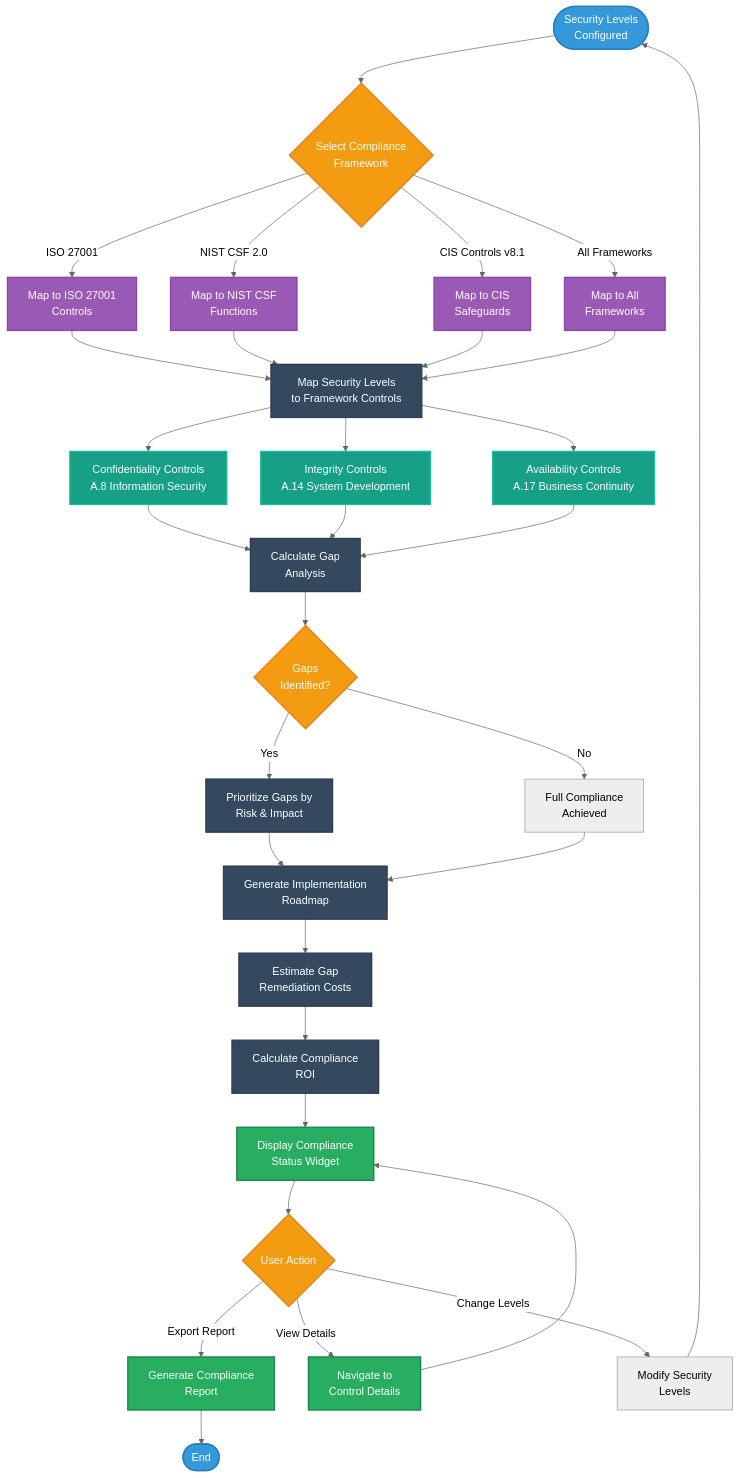
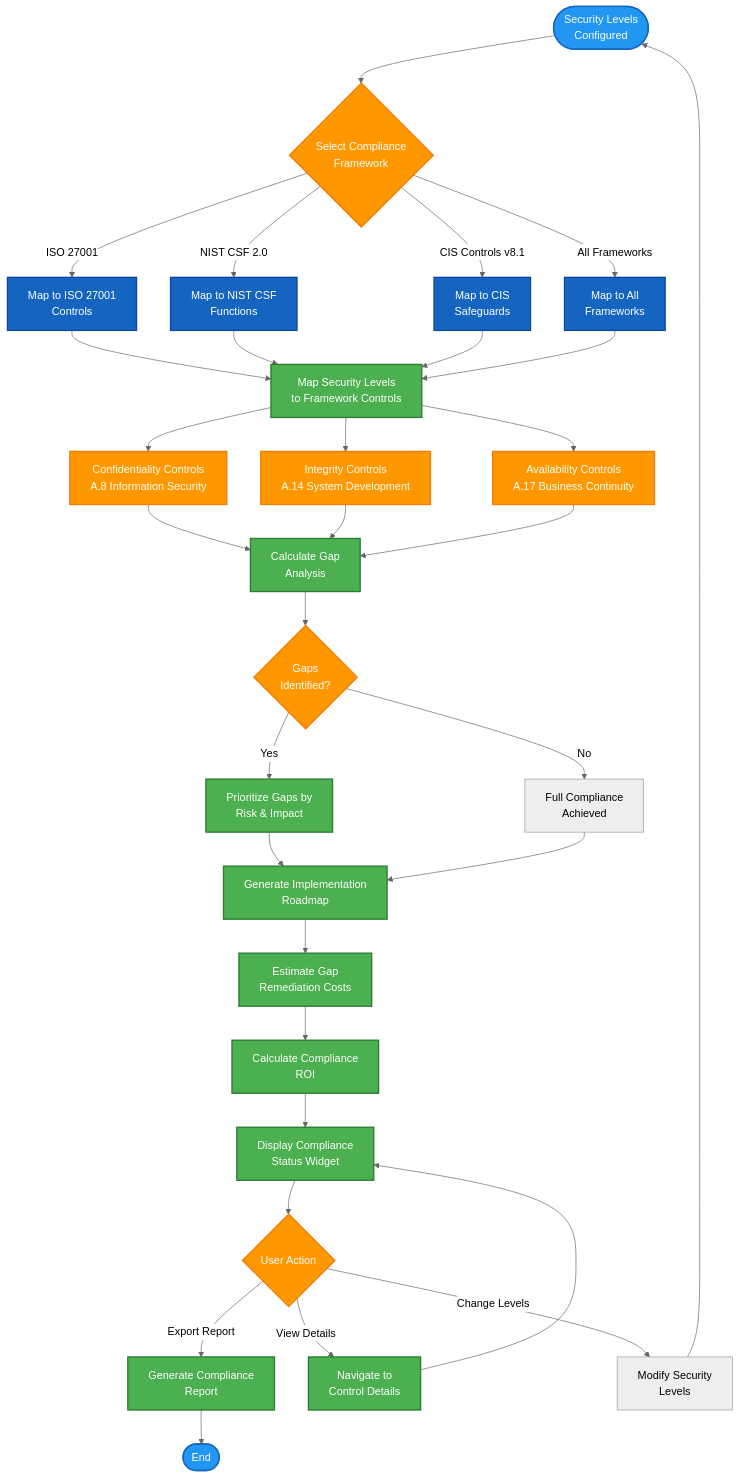
Before and after one commit to step-security-bot/cia-compliance-manager: the fourth of 13 diagrams in docs/architecture/FLOWCHART.md, drawn with Mermaid (neutral theme). The commit also changed other lines of this file and 27 other files, not shown here.

First line of the commit message:
fix: resolve broken mermaid diagrams and improve color coding to match ISMS style guide (#1106)

````diff
--- a/docs/architecture/FLOWCHART.md
+++ b/docs/architecture/FLOWCHART.md
@@ -281,57 +281,57 @@
 ```mermaid
 flowchart TD
     Start([Security Levels<br>Configured]) --> SelectFramework{Select Compliance<br>Framework}
     
     SelectFramework -->|ISO 27001| ISO[Map to ISO 27001<br>Controls]
     SelectFramework -->|NIST CSF 2.0| NIST[Map to NIST CSF<br>Functions]
     SelectFramework -->|CIS Controls v8.1| CIS[Map to CIS<br>Safeguards]
     SelectFramework -->|All Frameworks| AllFrameworks[Map to All<br>Frameworks]
     
     ISO --> MapControls[Map Security Levels<br>to Framework Controls]
     NIST --> MapControls
     CIS --> MapControls
     AllFrameworks --> MapControls
     
     MapControls --> ConfidentialityMap[Confidentiality Controls<br>A.8 Information Security]
     MapControls --> IntegrityMap[Integrity Controls<br>A.14 System Development]
     MapControls --> AvailabilityMap[Availability Controls<br>A.17 Business Continuity]
     
     ConfidentialityMap --> CalculateGap[Calculate Gap<br>Analysis]
     IntegrityMap --> CalculateGap
     AvailabilityMap --> CalculateGap
     
     CalculateGap --> IdentifyGaps{Gaps<br>Identified?}
     IdentifyGaps -->|Yes| PrioritizeGaps[Prioritize Gaps by<br>Risk & Impact]
     IdentifyGaps -->|No| FullCompliance[Full Compliance<br>Achieved]
     
     PrioritizeGaps --> GenerateRoadmap[Generate Implementation<br>Roadmap]
     FullCompliance --> GenerateRoadmap
     
     GenerateRoadmap --> EstimateCosts[Estimate Gap<br>Remediation Costs]
     EstimateCosts --> CalculateROI[Calculate Compliance<br>ROI]
     CalculateROI --> DisplayResults[Display Compliance<br>Status Widget]
     
     DisplayResults --> UserReview{User Action}
     UserReview -->|Export Report| GenerateReport[Generate Compliance<br>Report]
     UserReview -->|View Details| DrillDown[Navigate to<br>Control Details]
     UserReview -->|Change Levels| UpdateLevels[Modify Security<br>Levels]
     
     GenerateReport --> End([End])
     DrillDown --> DisplayResults
     UpdateLevels --> Start
     
     %% Apply styles
-    classDef startend fill:#3498db,stroke:#2980b9,stroke-width:2px,color:white,rx:25
-    classDef process fill:#34495e,stroke:#2c3e50,stroke-width:2px,color:white
-    classDef framework fill:#9b59b6,stroke:#8e44ad,stroke-width:2px,color:white
-    classDef mapping fill:#16a085,stroke:#1abc9c,stroke-width:2px,color:white
-    classDef decision fill:#f39c12,stroke:#e67e22,stroke-width:2px,color:white
-    classDef output fill:#27ae60,stroke:#1e8449,stroke-width:2px,color:white
+    classDef startend fill:#2196F3,stroke:#1565C0,stroke-width:2px,color:#ffffff
+    classDef process fill:#4CAF50,stroke:#2E7D32,stroke-width:2px,color:#ffffff
+    classDef framework fill:#1565C0,stroke:#0D47A1,stroke-width:2px,color:#ffffff
+    classDef mapping fill:#FF9800,stroke:#F57C00,stroke-width:2px,color:#ffffff
+    classDef decision fill:#FF9800,stroke:#F57C00,stroke-width:2px,color:#ffffff
+    classDef output fill:#4CAF50,stroke:#2E7D32,stroke-width:2px,color:#ffffff
     
     class Start,End startend
     class MapControls,CalculateGap,PrioritizeGaps,GenerateRoadmap,EstimateCosts,CalculateROI process
     class ISO,NIST,CIS,AllFrameworks framework
     class ConfidentialityMap,IntegrityMap,AvailabilityMap mapping
     class SelectFramework,IdentifyGaps,UserReview decision
     class DisplayResults,GenerateReport,DrillDown output
 ```
````
